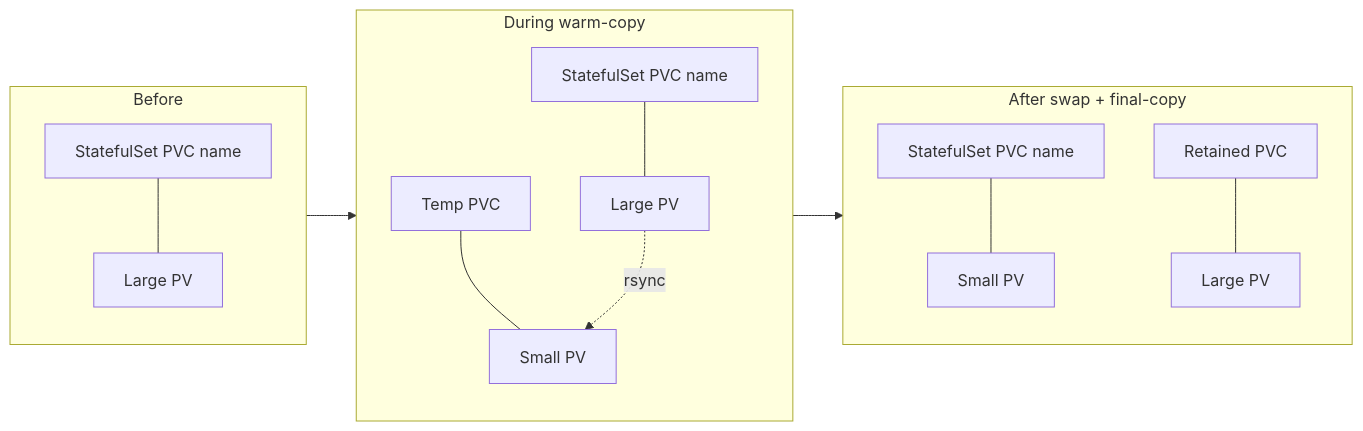
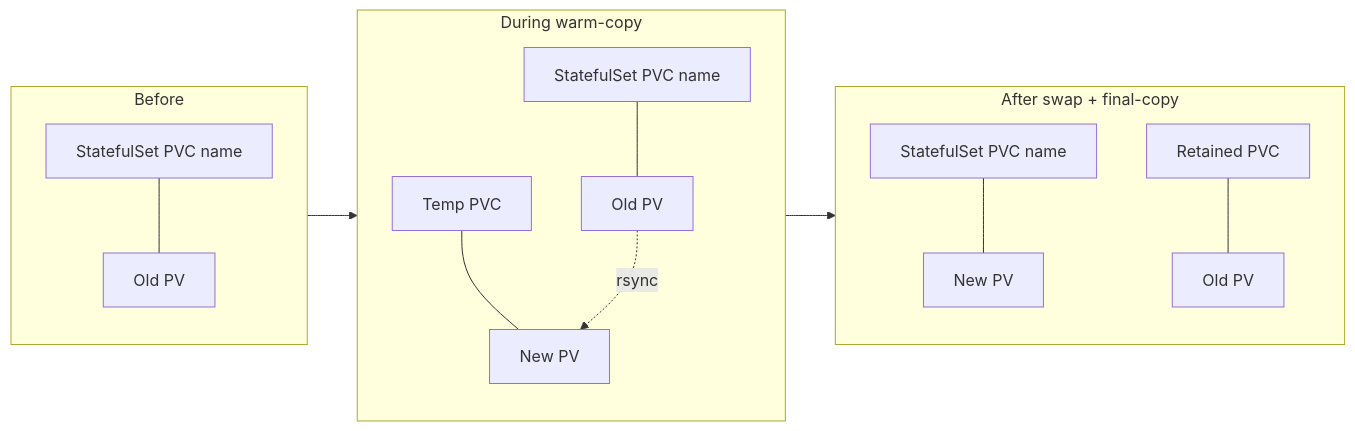
Before and after one commit to Altinity/clickhouse-operator: the first of 3 diagrams in tools/volume_downscale.md, drawn with Mermaid. The commit also changed other lines of this file and 1 other file, not shown here.

````diff
--- a/tools/volume_downscale.md
+++ b/tools/volume_downscale.md
@@ -36,29 +41,29 @@
 ```mermaid
 flowchart LR
   subgraph before [Before]
     STS1[StatefulSet PVC name]
-    OLD[Large PV]
+    OLD[Old PV]
     STS1 --- OLD
   end
 
   subgraph during [During warm-copy]
     STS2[StatefulSet PVC name]
-    OLD2[Large PV]
+    OLD2[Old PV]
     TEMP[Temp PVC]
-    NEW[Small PV]
+    NEW[New PV]
     STS2 --- OLD2
     TEMP --- NEW
     OLD2 -. rsync .-> NEW
   end
 
   subgraph after [After swap + final-copy]
     STS3[StatefulSet PVC name]
-    NEW2[Small PV]
+    NEW2[New PV]
     RET[Retained PVC]
-    OLD3[Large PV]
+    OLD3[Old PV]
     STS3 --- NEW2
     RET --- OLD3
   end
 
   before --> during --> after
 ```
````
